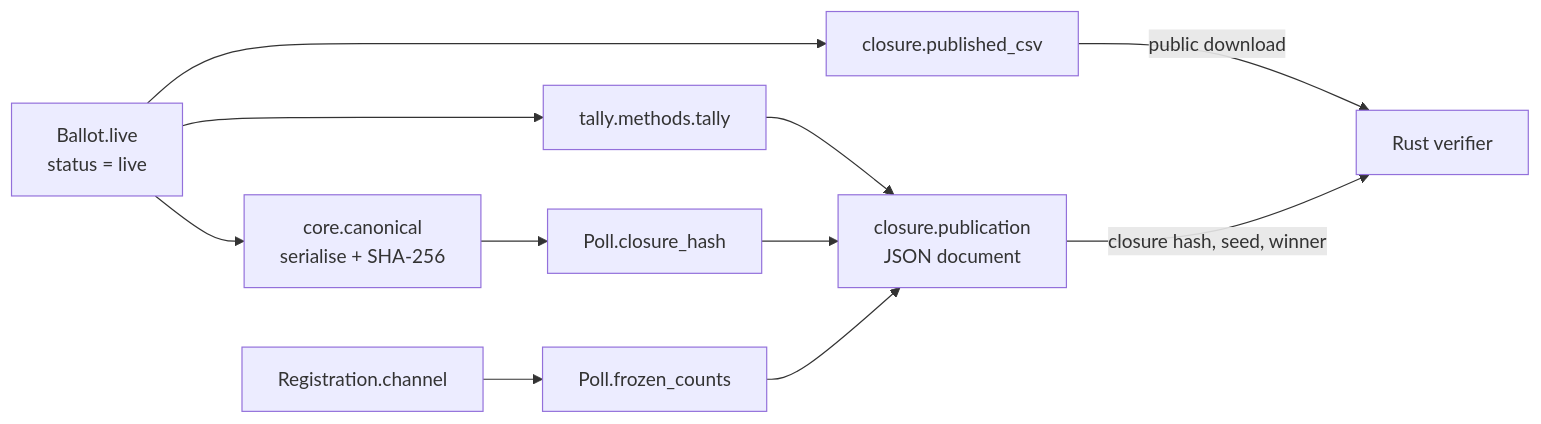
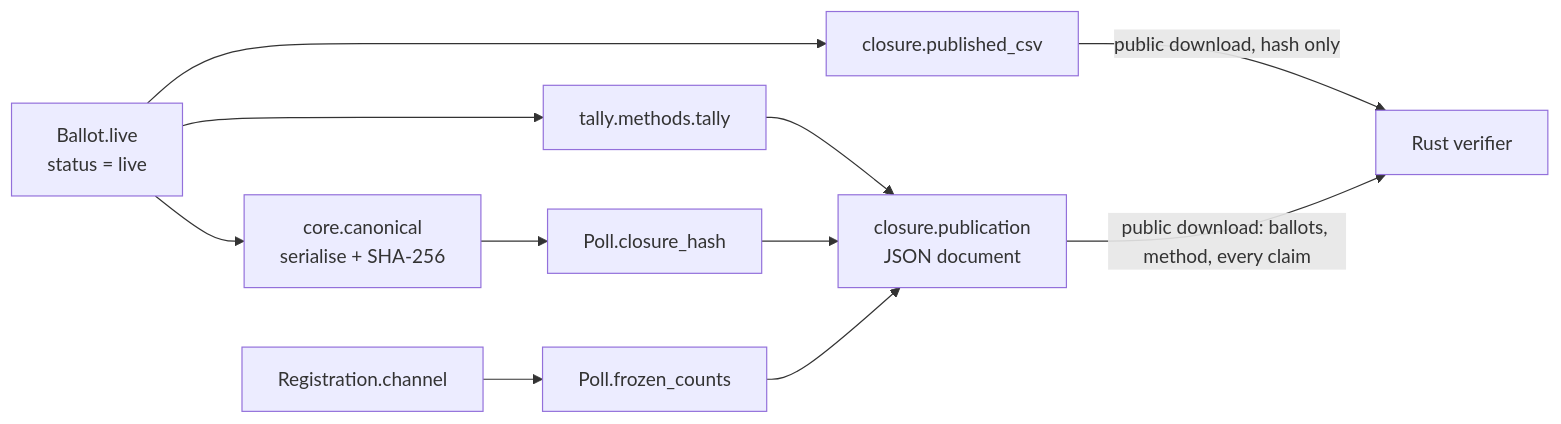
One commit to rv1nc3nt/polls changed the fourth of 4 diagrams in docs/architecture.md. Above: the diagram before and after it, drawn with Mermaid. The commit also changed other lines of this file and 8 other files, not shown here.

````diff
--- a/docs/architecture.md
+++ b/docs/architecture.md
@@ -175,13 +175,13 @@
 ```mermaid
 flowchart LR
   L[Ballot.live<br/>status = live] --> C[core.canonical<br/>serialise + SHA-256]
   C --> H[Poll.closure_hash]
   Reg[Registration.channel] --> F[Poll.frozen_counts]
   L --> T[tally.methods.tally]
   T --> P[closure.publication<br/>JSON document]
   H --> P
   F --> P
   L --> CSV[closure.published_csv]
-  CSV -->|public download| V[Rust verifier]
-  P -->|closure hash, seed, winner| V
+  CSV -->|public download, hash only| V[Rust verifier]
+  P -->|public download: ballots, method, every claim| V
 ```
````
